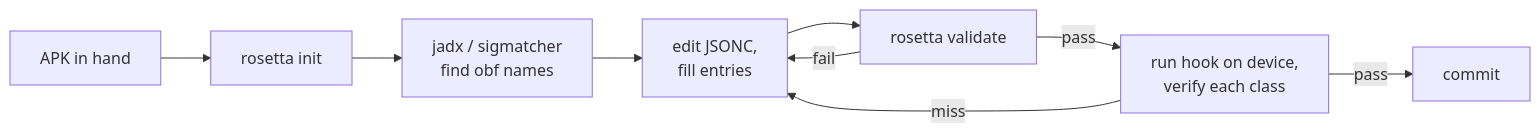
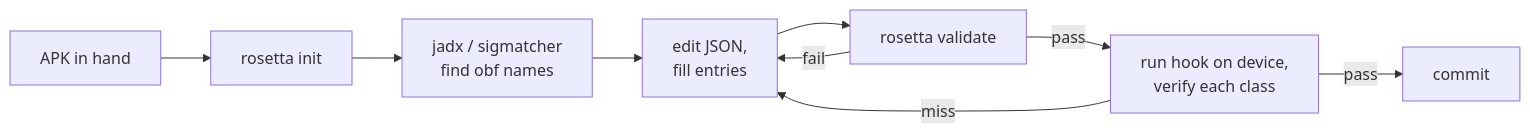
Before and after one commit to Xiddoc/rosetta-frida: the diagram in docs/maps/authoring.md, drawn with Mermaid. The commit also changed other lines of this file and 96 other files, not shown here.

First line of the commit message:
Schema v2: require version_code, switch artifact to strict JSON

````diff
--- a/docs/maps/authoring.md
+++ b/docs/maps/authoring.md
@@ -9,11 +9,11 @@
 ```mermaid
 flowchart LR
     A[APK in hand] --> B[rosetta init]
     B --> C[jadx / sigmatcher<br/>find obf names]
-    C --> D[edit JSONC,<br/>fill entries]
+    C --> D[edit JSON,<br/>fill entries]
     D --> E[rosetta validate]
     E -- fail --> D
     E -- pass --> F[run hook on device,<br/>verify each class]
     F -- miss --> D
     F -- pass --> G[commit]
 ```
````
